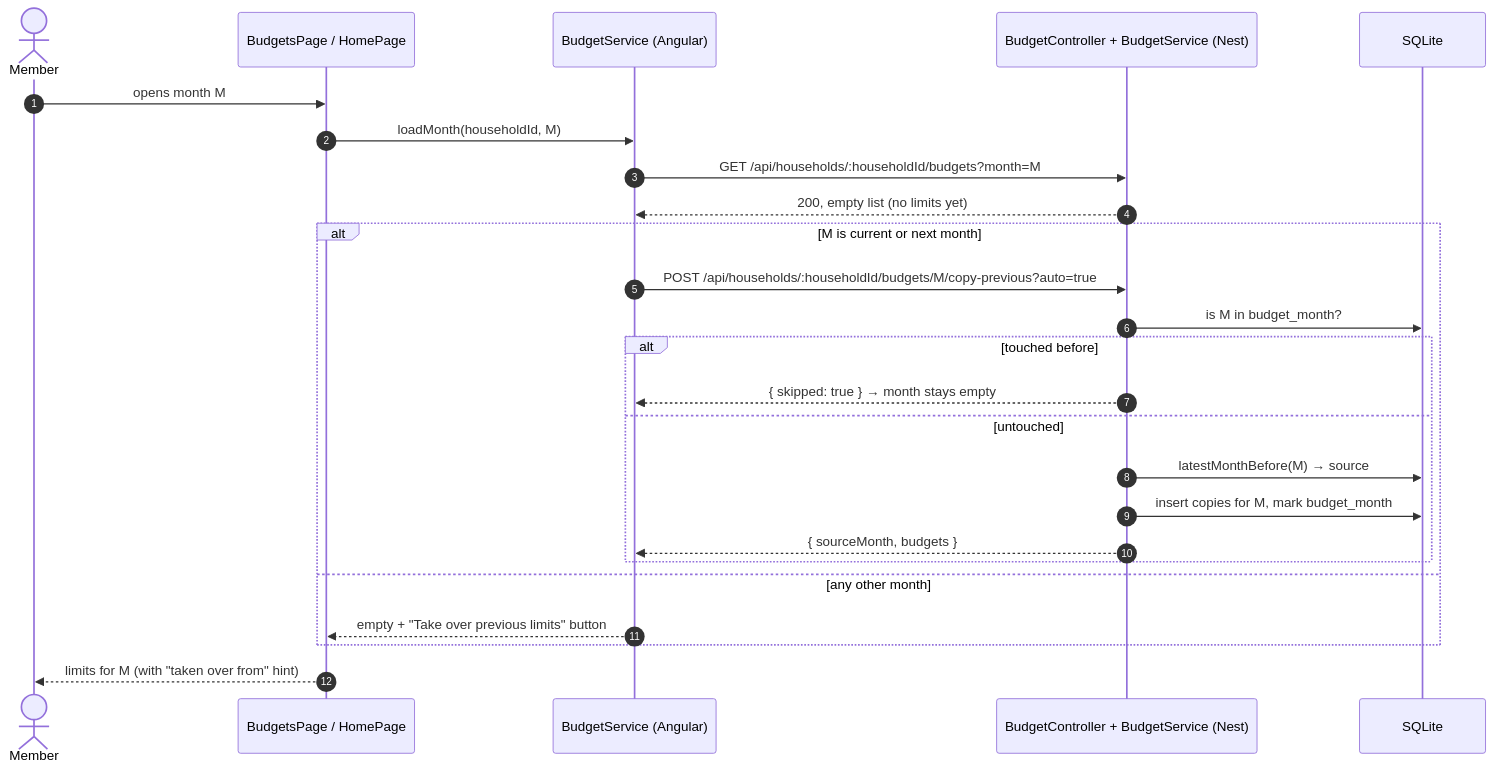
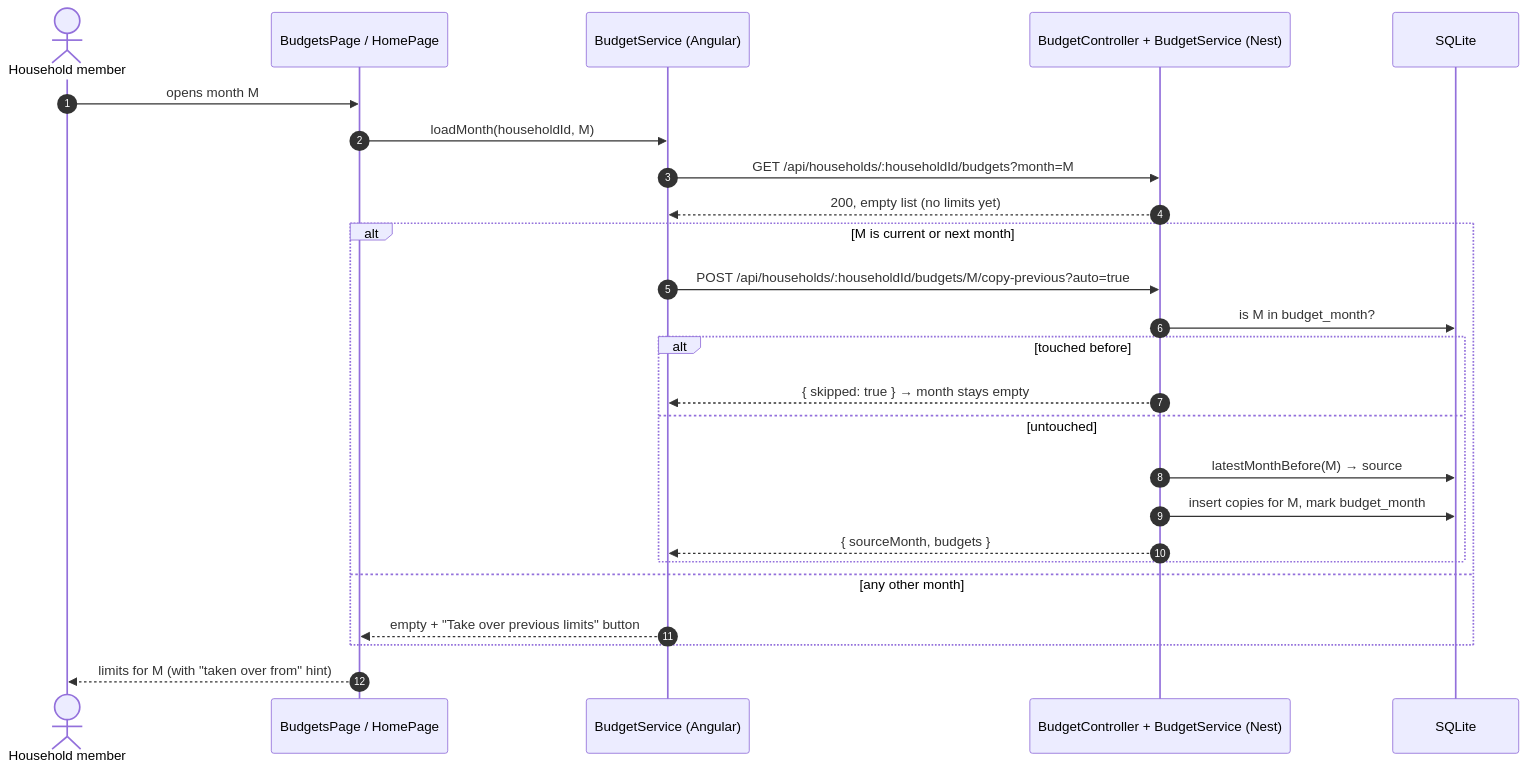
Before and after one commit to RomanL1/finance-dashboard: the diagram in docs/arc42/diagrams/06_budget_take_over.mmd, drawn with Mermaid. The commit also changed 18 other files, not shown here.

```diff
--- a/docs/arc42/diagrams/06_budget_take_over.mmd
+++ b/docs/arc42/diagrams/06_budget_take_over.mmd
@@ -1,25 +1,25 @@
 sequenceDiagram
   autonumber
-  actor U as Member
+  actor U as Household member
   participant P as BudgetsPage / HomePage
   participant S as BudgetService (Angular)
   participant API as BudgetController + BudgetService (Nest)
   participant DB as SQLite
   U->>P: opens month M
   P->>S: loadMonth(householdId, M)
   S->>API: GET /api/households/:householdId/budgets?month=M
   API-->>S: 200, empty list (no limits yet)
   alt M is current or next month
     S->>API: POST /api/households/:householdId/budgets/M/copy-previous?auto=true
     API->>DB: is M in budget_month?
     alt touched before
       API-->>S: { skipped: true } → month stays empty
     else untouched
       API->>DB: latestMonthBefore(M) → source
       API->>DB: insert copies for M, mark budget_month
       API-->>S: { sourceMonth, budgets }
     end
   else any other month
     S-->>P: empty + "Take over previous limits" button
   end
   P-->>U: limits for M (with "taken over from" hint)
```
